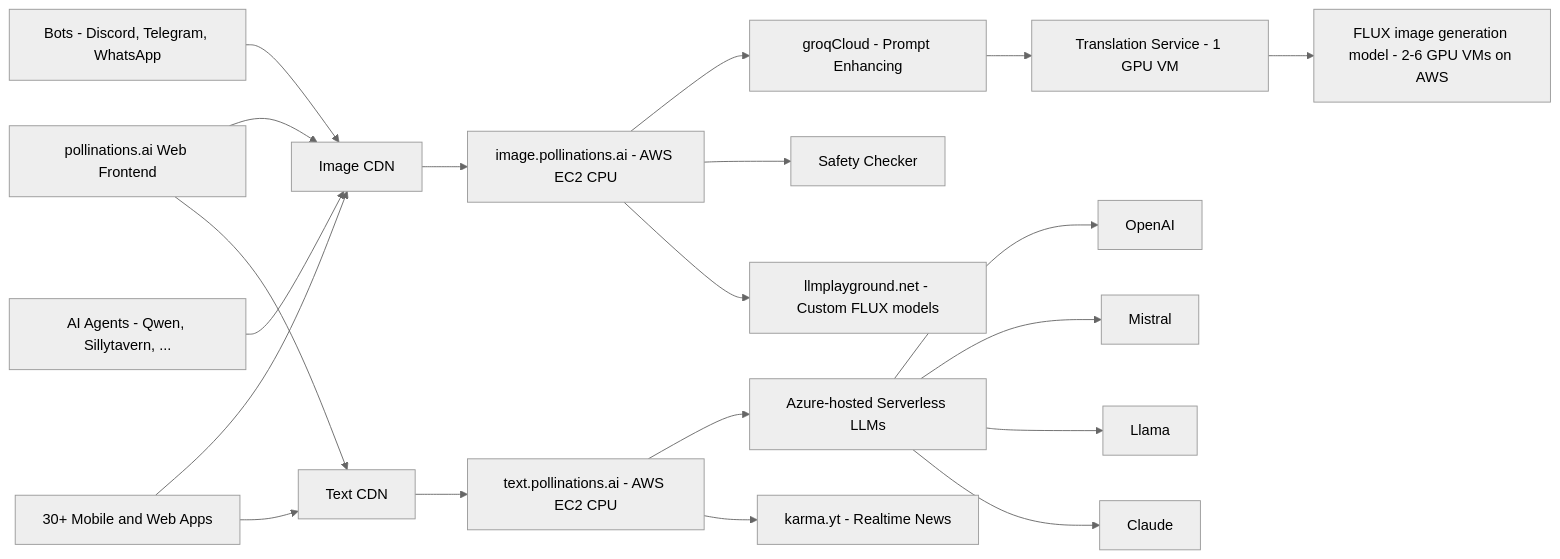
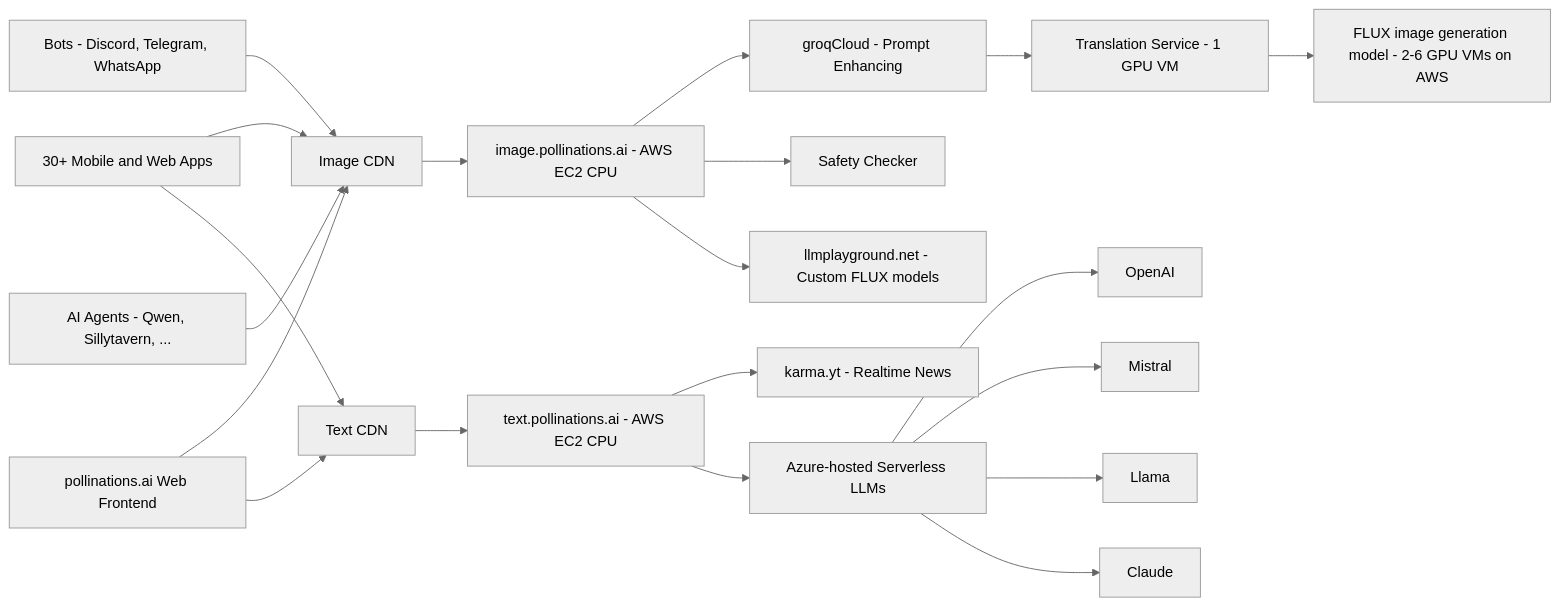
Before and after one commit to pollinations/pollinations: the diagram in README.md, drawn with Mermaid (neutral theme).

Commit message:
Reorder nodes in graph for better readability - Moved 'pollinations.ai Web Frontend' node for consistency - Adjusted connections for 'text.pollinations.ai' node

````diff
--- a/README.md
+++ b/README.md
@@ -103,28 +103,29 @@
 ```mermaid
 graph LR
     Q[Bots - Discord, Telegram, WhatsApp] --> L1
     
+    N[30+ Mobile and Web Apps] --> L1
+    N --> L2
+    
     A[pollinations.ai Web Frontend] --> L1
     A --> L2
-    
-    N[30+ Mobile and Web Apps] --> L1
-    N --> L2
     
     R[AI Agents - Qwen, Sillytavern, ...] --> L1
     
     L1[Image CDN] --> B
     L2[Text CDN] --> C
     
     B[image.pollinations.ai - AWS EC2 CPU] --> F[groqCloud - Prompt Enhancing]
     B --> S[Safety Checker]
     B --> M[llmplayground.net - Custom FLUX models]
     F --> E[Translation Service - 1 GPU VM]
     E --> D[FLUX image generation model - 2-6 GPU VMs on AWS]
     
-    C[text.pollinations.ai - AWS EC2 CPU] --> G[Azure-hosted Serverless LLMs]
-    G --> H[OpenAI]
+    C[text.pollinations.ai - AWS EC2 CPU] --> P[karma.yt - Realtime News]
+    C --> G[Azure-hosted Serverless LLMs]
+    G  --> H[OpenAI]
     G --> I[Mistral]
     G --> J[Llama]
     G --> K[Claude]
-    C --> P[karma.yt - Realtime News]
+
 ```
````
